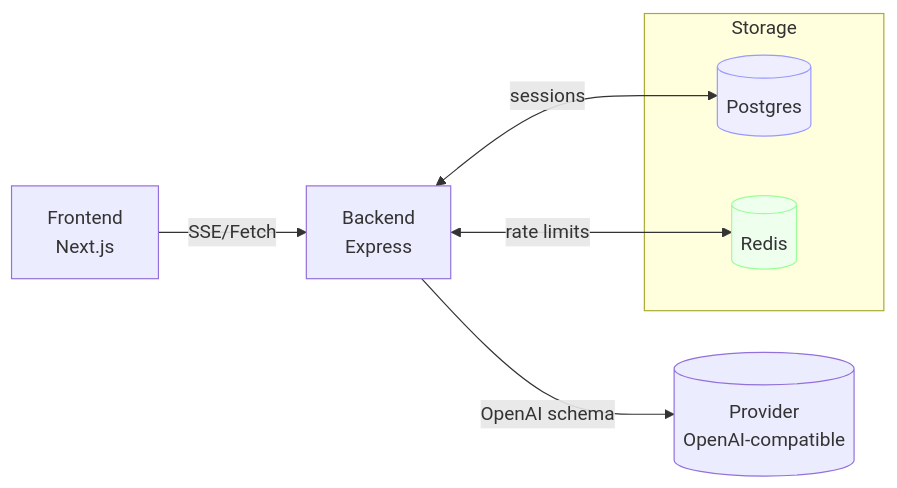
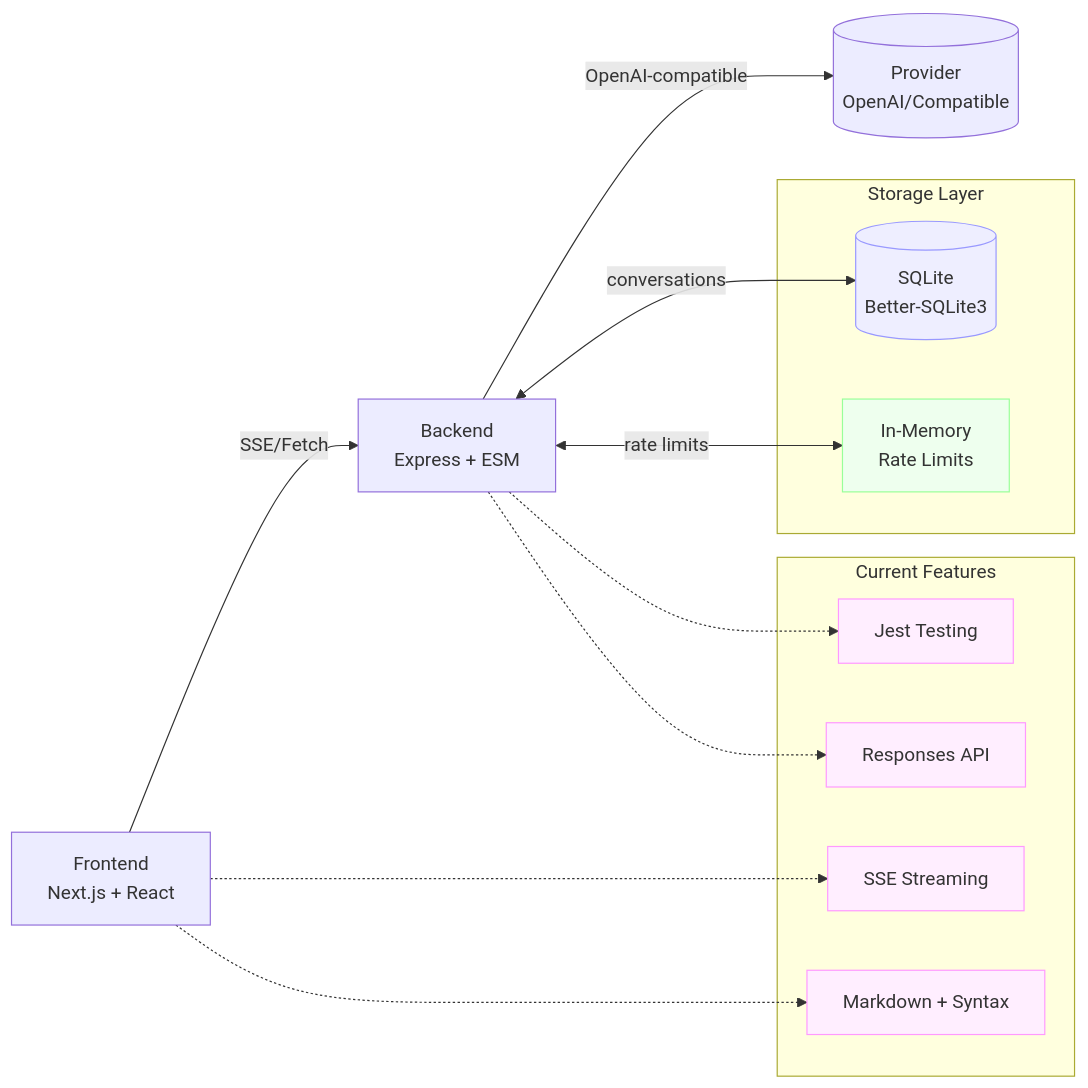
One commit to qduc/chat changed the diagram in docs/OVERVIEW.md. Above: the diagram before and after it, drawn with Mermaid. The commit also changed other lines of this file and 10 other files, not shown here.

````diff
--- a/docs/OVERVIEW.md
+++ b/docs/OVERVIEW.md
@@ -18,13 +20,24 @@
 ```mermaid
 flowchart LR
-UI[Frontend\nNext.js] -- SSE/Fetch --> API[Backend\nExpress]
-API -- OpenAI schema --> LLM[(Provider\nOpenAI-compatible)]
-subgraph Storage
-DB[(Postgres)]:::db
-KV[(Redis)]:::cache
+UI[Frontend\nNext.js + React] -- SSE/Fetch --> API[Backend\nExpress + ESM]
+API -- OpenAI-compatible --> LLM[(Provider\nOpenAI/Compatible)]
+subgraph Storage[Storage Layer]
+DB[(SQLite\nBetter-SQLite3)]:::db
+MEM[In-Memory\nRate Limits]:::cache
 end
-API <-- sessions --> DB
-API <-- rate limits --> KV
+API <-- conversations --> DB
+API <-- rate limits --> MEM
+subgraph Features[Current Features]
+STREAM[SSE Streaming]:::feature
+TEST[Jest Testing]:::feature
+MD[Markdown + Syntax]:::feature
+API_RESP[Responses API]:::feature
+end
+UI -.-> STREAM
+API -.-> TEST
+UI -.-> MD
+API -.-> API_RESP
 classDef db fill:#eef,stroke:#99f;
 classDef cache fill:#efe,stroke:#9f9;
+classDef feature fill:#fef,stroke:#f9f;
 ```
````
